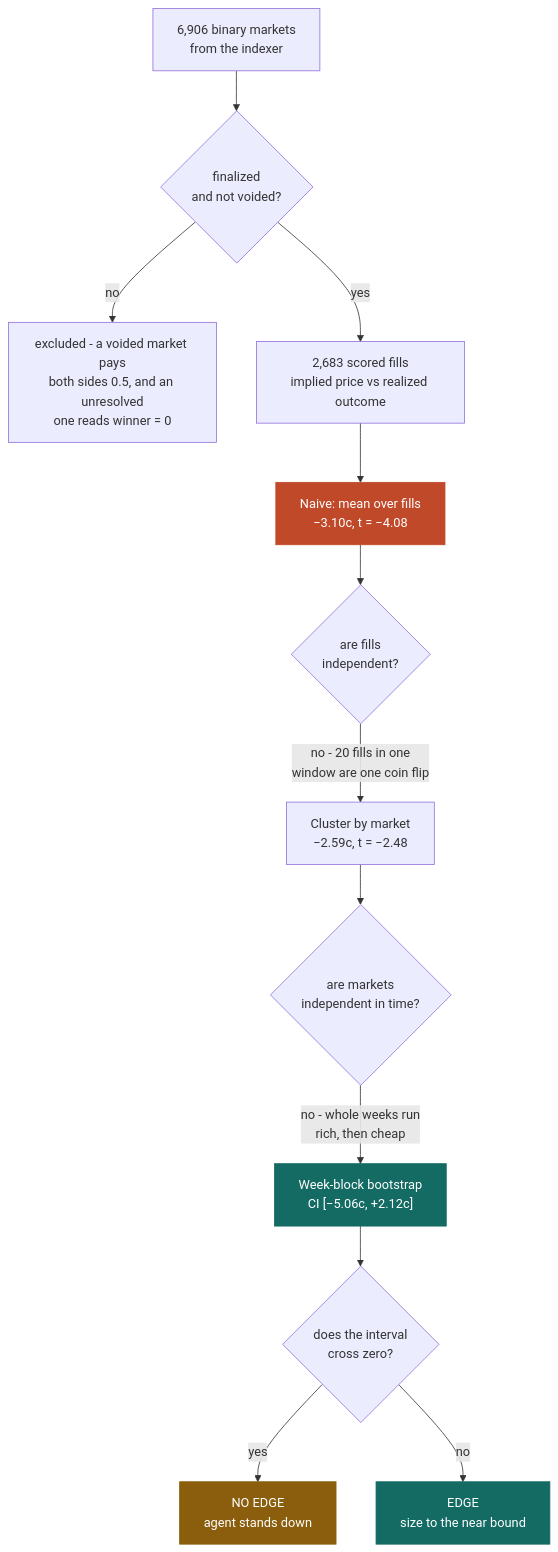
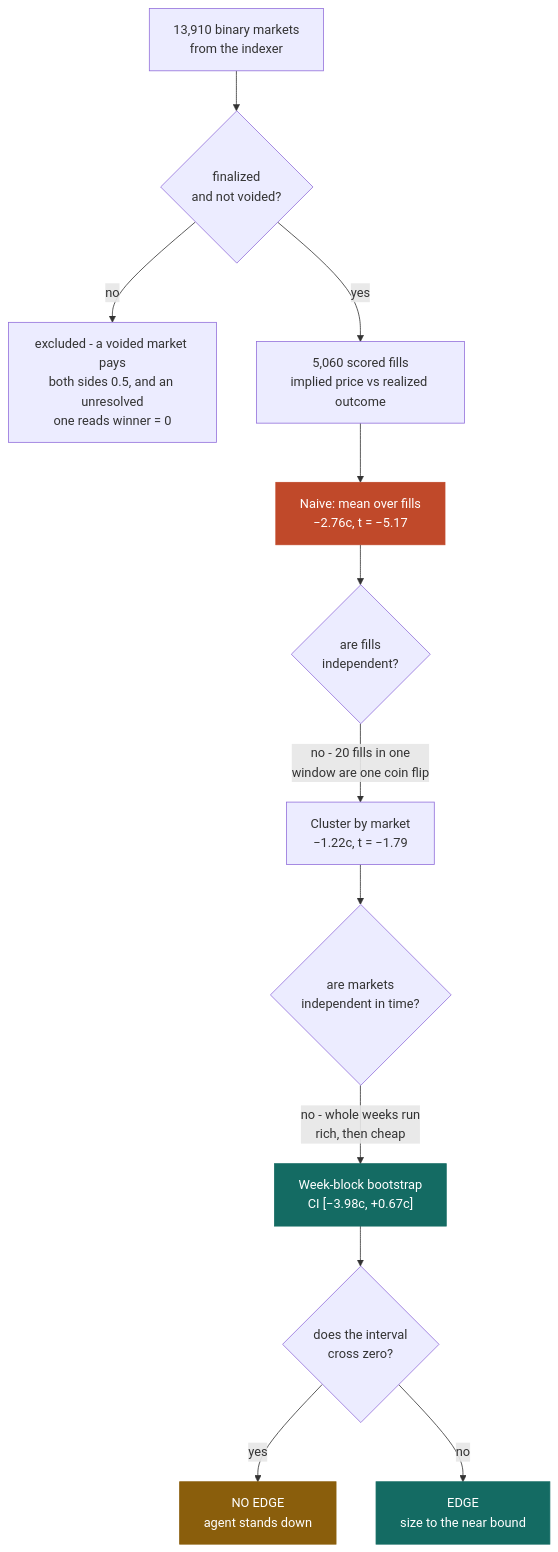
The second of 4 diagrams in README.md (tejassinghbhati/naqd), drawn with Mermaid before and after one commit. The commit also changed other lines of this file and 5 other files, not shown here.

First line of the commit message:
Recapture the screenshots and requote every figure

````diff
--- a/README.md
+++ b/README.md
@@ -148,24 +173,24 @@
 ```mermaid
 flowchart TD
-  A["6,906 binary markets<br/>from the indexer"] --> B{"finalized<br/>and not voided?"}
+  A["13,910 binary markets<br/>from the indexer"] --> B{"finalized<br/>and not voided?"}
   B -->|no| X["excluded - a voided market pays<br/>both sides 0.5, and an unresolved<br/>one reads winner = 0"]
-  B -->|yes| C["2,683 scored fills<br/>implied price vs realized outcome"]
+  B -->|yes| C["5,060 scored fills<br/>implied price vs realized outcome"]
 
-  C --> D["Naive: mean over fills<br/>−3.10c, t = −4.08"]
+  C --> D["Naive: mean over fills<br/>−2.76c, t = −5.17"]
   D --> E{"are fills<br/>independent?"}
-  E -->|"no - 20 fills in one<br/>window are one coin flip"| F["Cluster by market<br/>−2.59c, t = −2.48"]
+  E -->|"no - 20 fills in one<br/>window are one coin flip"| F["Cluster by market<br/>−1.22c, t = −1.79"]
 
   F --> G{"are markets<br/>independent in time?"}
-  G -->|"no - whole weeks run<br/>rich, then cheap"| H["Week-block bootstrap<br/>CI [−5.06c, +2.12c]"]
+  G -->|"no - whole weeks run<br/>rich, then cheap"| H["Week-block bootstrap<br/>CI [−3.98c, +0.67c]"]
 
   H --> I{"does the interval<br/>cross zero?"}
   I -->|yes| J["NO EDGE<br/>agent stands down"]
   I -->|no| K["EDGE<br/>size to the near bound"]
 
   classDef bad fill:#c0492a,stroke:#c0492a,color:#fff
   classDef good fill:#146b63,stroke:#146b63,color:#fff
   classDef warn fill:#8a5e0c,stroke:#8a5e0c,color:#fff
   class D bad
   class H,K good
   class J warn
 ```
````
